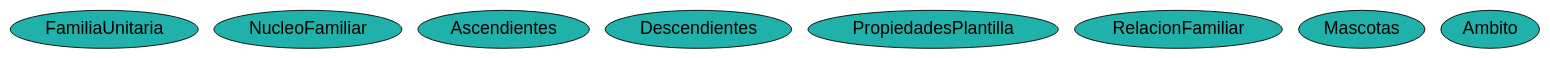
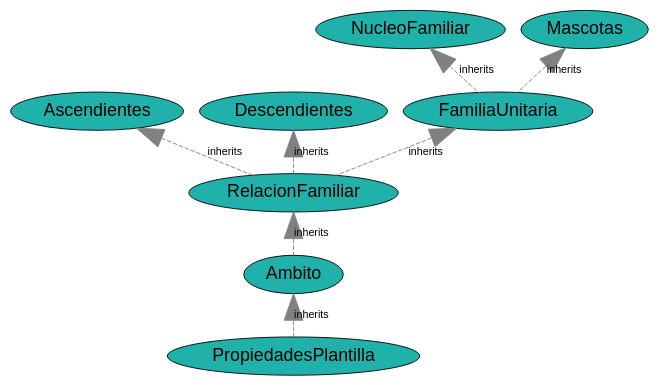
Before and after one commit to JuanCasado/Lenguajes: the diagram in Output/archivo_dot_properties.dot, drawn with Graphviz. The commit also changed 12 other files, not shown here.

```diff
--- a/Output/archivo_dot_properties.dot
+++ b/Output/archivo_dot_properties.dot
@@ -1,30 +1,41 @@
 graph ejemplo{
 //Defecto
 node [fontname="Arial"];
 edge [fontname="Arial",fontsize=12];
 
 //PROPERTIES
 node[fontsize=10, fillcolor="lightgoldenrodyellow", style="filled", shape="record", ]
 
 //CLASES
 node[fontsize=20, fillcolor="lightseagreen", style="filled", shape="ellipse", ]
 class_FamiliaUnitaria [label=FamiliaUnitaria];
 class_NucleoFamiliar [label=NucleoFamiliar];
 class_Ascendientes [label=Ascendientes];
 class_Descendientes [label=Descendientes];
 class_PropiedadesPlantilla [label=PropiedadesPlantilla];
 class_RelacionFamiliar [label=RelacionFamiliar];
 class_Mascotas [label=Mascotas];
 class_Ambito [label=Ambito];
 
 //RELACIONES
 node[fontsize=15, fillcolor="paleturquoise", style="filled", shape="hexagon", ]
 
 //CLASE -- PROPIEDAD
 edge[len_relationship="3", style="dashed", color="grey", ]
 
 //RELACION -- PROPIEDAD
-edge[arrowsize=2, style="dotted", arrowhead="vee", dir="forward", ]
+
 // uso indirecto de definición de tipos
 
+// herencias
+class_Ambito -- class_PropiedadesPlantilla [arrowsize=3, arrowhead="normal", dir="back", label="inherits"];
+class_RelacionFamiliar -- class_Ambito [arrowsize=3, arrowhead="normal", dir="back", label="inherits"];
+class_FamiliaUnitaria -- class_RelacionFamiliar [arrowsize=3, arrowhead="normal", dir="back", label="inherits"];
+class_NucleoFamiliar -- class_FamiliaUnitaria [arrowsize=3, arrowhead="normal", dir="back", label="inherits"];
+class_Ascendientes -- class_RelacionFamiliar [arrowsize=3, arrowhead="normal", dir="back", label="inherits"];
+class_Descendientes -- class_RelacionFamiliar [arrowsize=3, arrowhead="normal", dir="back", label="inherits"];
+class_Mascotas -- class_FamiliaUnitaria [arrowsize=3, arrowhead="normal", dir="back", label="inherits"];
+
+// enlaces de relaciones
+
 }
```
